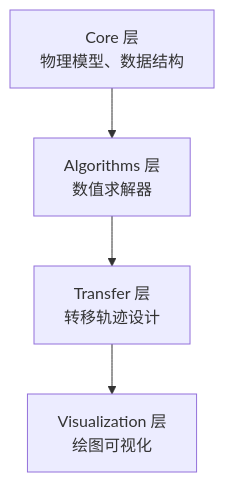
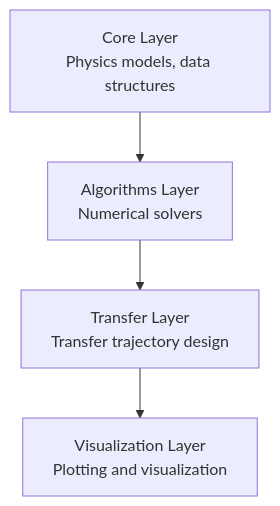
One commit to cislunarspace/e2m2e changed the diagram in website/i18n/en/docusaurus-plugin-content-docs-mbse/current/system-overview.md. Above: the diagram before and after it, drawn with Mermaid. The commit also changed other lines of this file and 58 other files, not shown here.

````diff
--- a/website/i18n/en/docusaurus-plugin-content-docs-mbse/current/system-overview.md
+++ b/website/i18n/en/docusaurus-plugin-content-docs-mbse/current/system-overview.md
@@ -9,10 +9,10 @@
 ```mermaid
 graph TD
-    Core["Core 层<br/>物理模型、数据结构"]
-    Algorithms["Algorithms 层<br/>数值求解器"]
-    Transfer["Transfer 层<br/>转移轨迹设计"]
-    Visualization["Visualization 层<br/>绘图可视化"]
+    Core["Core Layer<br/>Physics models, data structures"]
+    Algorithms["Algorithms Layer<br/>Numerical solvers"]
+    Transfer["Transfer Layer<br/>Transfer trajectory design"]
+    Visualization["Visualization Layer<br/>Plotting and visualization"]
     Core --> Algorithms
     Algorithms --> Transfer
     Transfer --> Visualization
 ```
````
